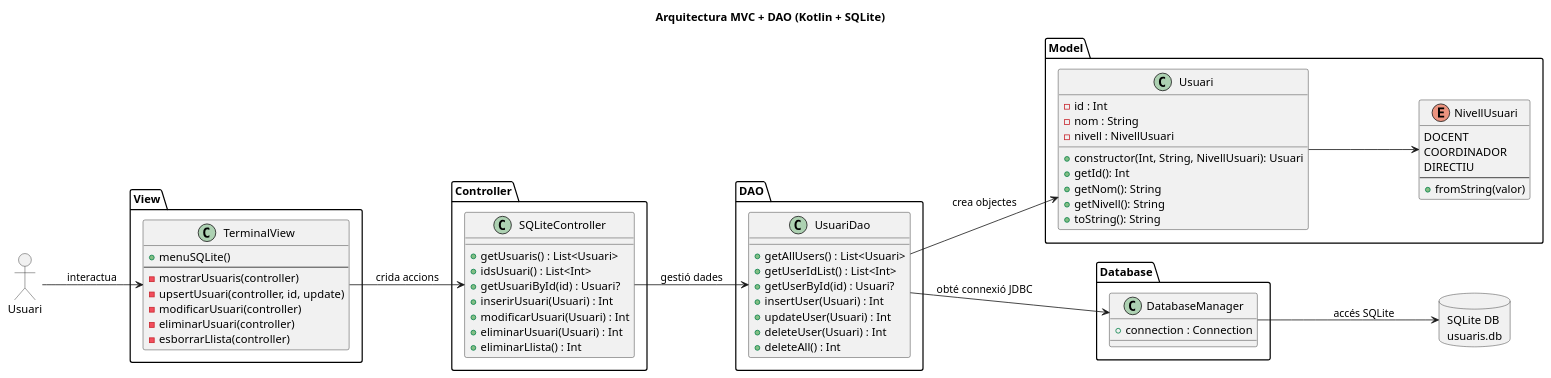
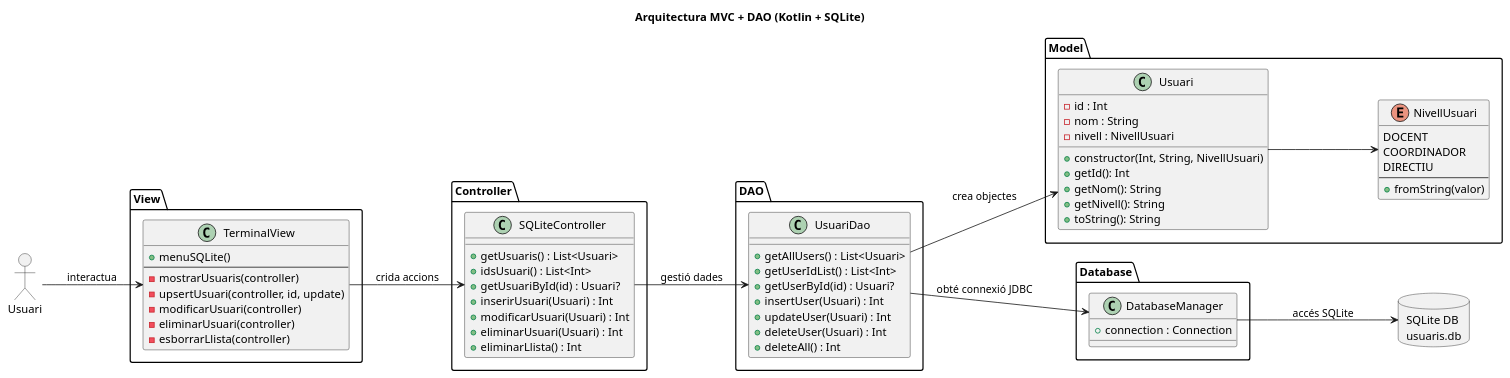
The diagram in src/main/kotlin/uml/Diagrama-MVC.puml (ITEC-BCN/mp03-uf6-demo-kotlin-database-access), drawn with PlantUML before and after one commit. The commit also changed 3 other files, not shown here.

```diff
--- a/src/main/kotlin/uml/Diagrama-MVC.puml
+++ b/src/main/kotlin/uml/Diagrama-MVC.puml
@@ -1,97 +1,97 @@
 @startuml
 allowmixing
 
 left to right direction
 
 title Arquitectura MVC + DAO (Kotlin + SQLite)
 
 actor "Usuari" as User
 
 package "View" {
 
     class TerminalView {
         +menuSQLite()
         --
         -mostrarUsuaris(controller)
         -upsertUsuari(controller, id, update)
         -modificarUsuari(controller)
         -eliminarUsuari(controller)
         -esborrarLlista(controller)
     }
 
 }
 
 package "Controller" {
 
     class SQLiteController {
         +getUsuaris() : List<Usuari>
         +idsUsuari() : List<Int>
         +getUsuariById(id) : Usuari?
         +inserirUsuari(Usuari) : Int
         +modificarUsuari(Usuari) : Int
         +eliminarUsuari(Usuari) : Int
         +eliminarLlista() : Int
     }
 
 }
 
 package "Model" {
 
     class Usuari {
         -id : Int
         -nom : String
         -nivell : NivellUsuari
-        +constructor(Int, String, NivellUsuari): Usuari
+        +constructor(Int, String, NivellUsuari)
         +getId(): Int
         +getNom(): String
         +getNivell(): String
         +toString(): String
     }
 
     enum NivellUsuari {
         DOCENT
         COORDINADOR
         DIRECTIU
         --
         +fromString(valor)
     }
 
 }
 
 package "DAO" {
 
     class UsuariDao {
         +getAllUsers() : List<Usuari>
         +getUserIdList() : List<Int>
         +getUserById(id) : Usuari?
         +insertUser(Usuari) : Int
         +updateUser(Usuari) : Int
         +deleteUser(Usuari) : Int
         +deleteAll() : Int
     }
 
 }
 
 package "Database" {
 
     class DatabaseManager {
         +connection : Connection
     }
 
 }
 
 database "SQLite DB\nusuaris.db" as DB
 
 
 User --> TerminalView : interactua
 
 TerminalView --> SQLiteController : crida accions
 SQLiteController --> UsuariDao : gestió dades
 
 UsuariDao --> DatabaseManager : obté connexió JDBC
 DatabaseManager --> DB : accés SQLite
 
 UsuariDao --> Usuari : crea objectes
 Usuari --> NivellUsuari
 
 @enduml
```
